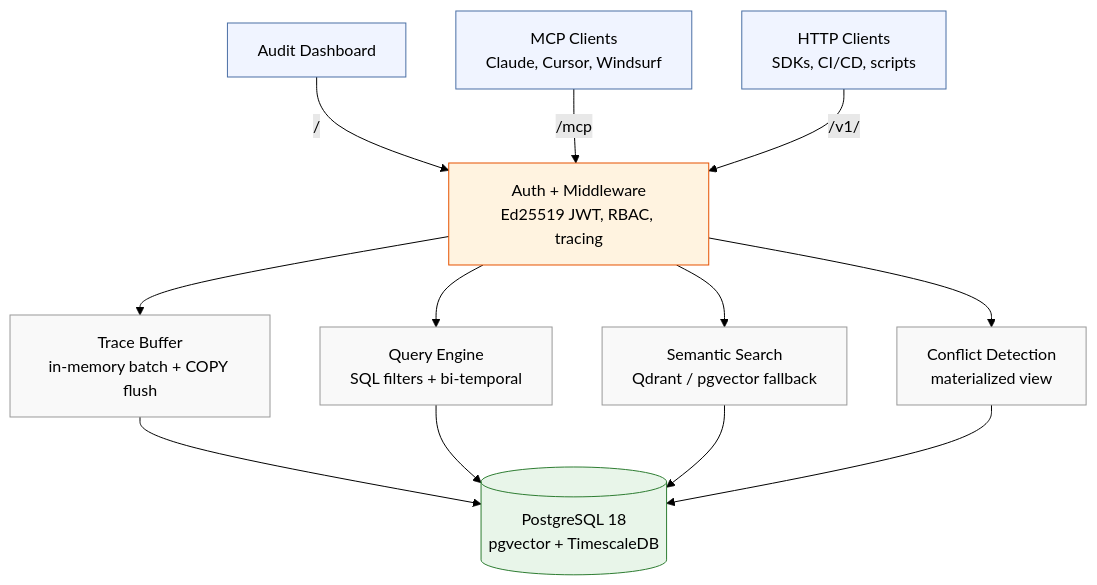
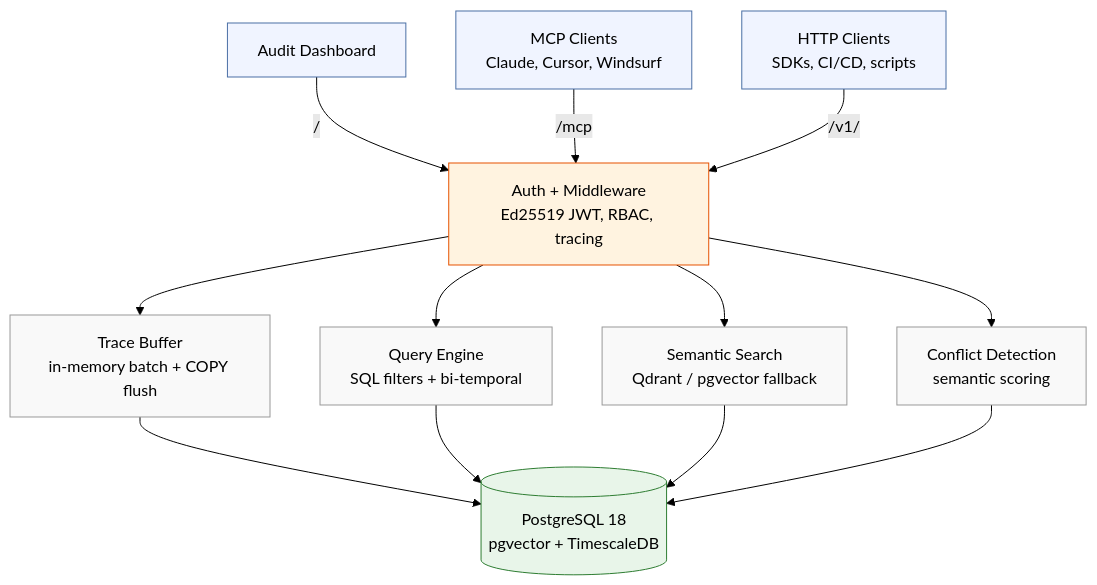
Before and after one commit to ashita-ai/akashi: the diagram in README.md, drawn with Mermaid (forest theme). The commit also changed 92 other files, not shown here.

````diff
--- a/README.md
+++ b/README.md
@@ -145,30 +145,30 @@
 ```mermaid
 flowchart TD
     C1["Audit Dashboard"] -->|"/"| AUTH
     C2["MCP Clients<br/>Claude, Cursor, Windsurf"] -->|"/mcp"| AUTH
     C3["HTTP Clients<br/>SDKs, CI/CD, scripts"] -->|"/v1/"| AUTH
 
     AUTH["Auth + Middleware<br/>Ed25519 JWT, RBAC, tracing"]
 
     AUTH --> TRACE["Trace Buffer<br/>in-memory batch + COPY flush"]
     AUTH --> QUERY["Query Engine<br/>SQL filters + bi-temporal"]
     AUTH --> SEARCH["Semantic Search<br/>Qdrant / pgvector fallback"]
-    AUTH --> CONFLICT["Conflict Detection<br/>materialized view"]
+    AUTH --> CONFLICT["Conflict Detection<br/>semantic scoring"]
 
     TRACE --> PG
     QUERY --> PG
     SEARCH --> PG
     CONFLICT --> PG
 
     PG[("PostgreSQL 18<br/>pgvector + TimescaleDB")]
 
     style C1 fill:#f0f4ff,stroke:#4a6fa5
     style C2 fill:#f0f4ff,stroke:#4a6fa5
     style C3 fill:#f0f4ff,stroke:#4a6fa5
     style AUTH fill:#fff3e0,stroke:#e65100
     style TRACE fill:#f9f9f9,stroke:#999
     style QUERY fill:#f9f9f9,stroke:#999
     style SEARCH fill:#f9f9f9,stroke:#999
     style CONFLICT fill:#f9f9f9,stroke:#999
     style PG fill:#e8f5e9,stroke:#2e7d32
 ```
````
